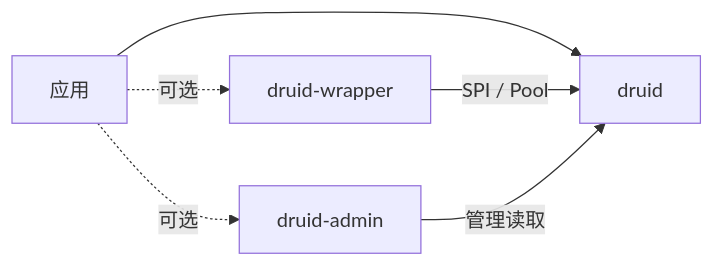
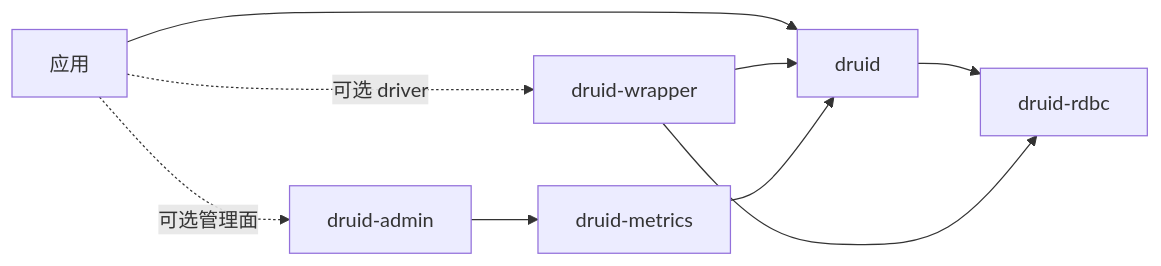
Before and after one commit to easy-4-rust/druid-rust: the second of 6 diagrams in docs/druid-rust-Architecture.zh_CN.md, drawn with Mermaid. The commit also changed other lines of this file and 24 other files, not shown here.

Commit message:
docs(architecture): freeze rdbc-first execution baseline

````diff
--- a/docs/druid-rust-Architecture.zh_CN.md
+++ b/docs/druid-rust-Architecture.zh_CN.md
@@ -129,8 +118,11 @@
 ```mermaid
 flowchart LR
     App["应用"] --> Druid["druid"]
-    App -. "可选" .-> Wrapper["druid-wrapper"]
-    App -. "可选" .-> Admin["druid-admin"]
-    Wrapper -->|"SPI / Pool"| Druid
-    Admin -->|"管理读取"| Druid
+    App -. "可选 driver" .-> Wrapper["druid-wrapper"]
+    App -. "可选管理面" .-> Admin["druid-admin"]
+    Druid --> Rdbc["druid-rdbc"]
+    Wrapper --> Rdbc
+    Wrapper --> Druid
+    Metrics["druid-metrics"] --> Druid
+    Admin --> Metrics
 ```
````
